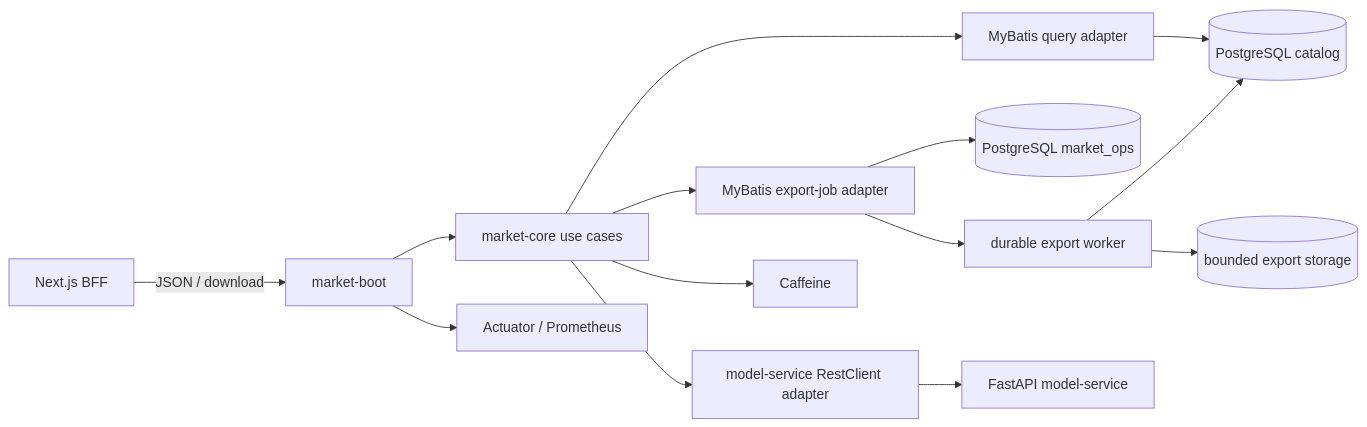
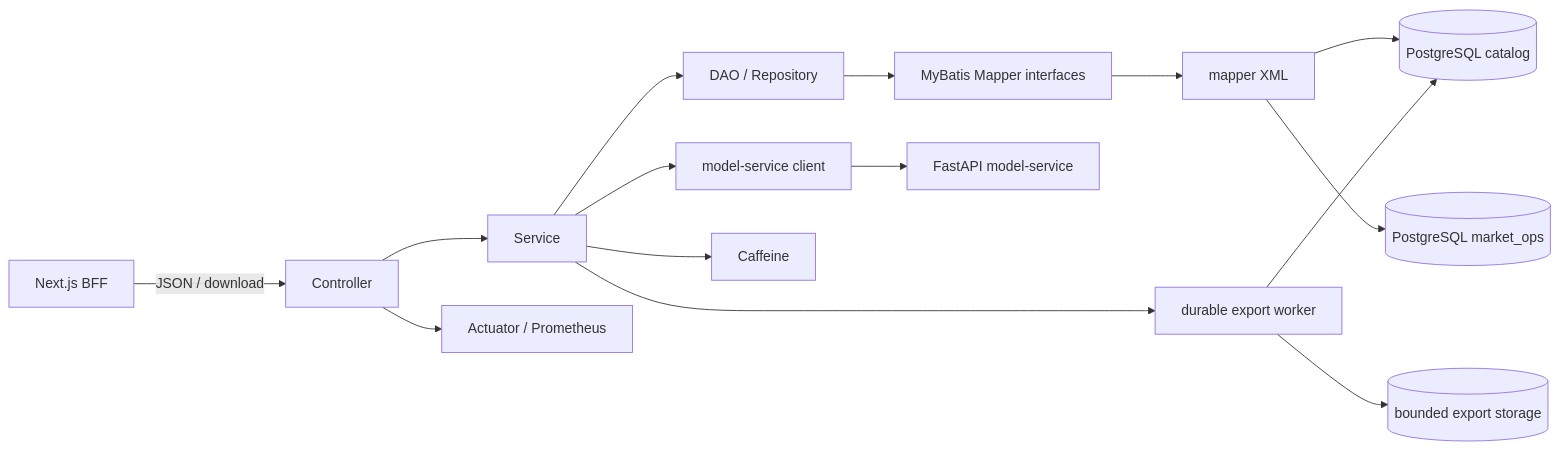
Before and after one commit to ChenhuaFan/house-price-estimator: the first of 2 diagrams in docs/spring-boot-technical-design.md, drawn with Mermaid. The commit also changed other lines of this file and 186 other files, not shown here.

````diff
--- a/docs/spring-boot-technical-design.md
+++ b/docs/spring-boot-technical-design.md
@@ -46,16 +46,17 @@
 ```mermaid
 flowchart LR
-    B[Next.js BFF] -->|JSON / download| API[market-boot]
-    API --> APP[market-core use cases]
-    APP --> Q[MyBatis query adapter]
-    APP --> J[MyBatis export-job adapter]
-    APP --> M[model-service RestClient adapter]
-    APP --> C[Caffeine]
-    Q --> PG[(PostgreSQL catalog)]
-    J --> OPS[(PostgreSQL market_ops)]
-    J --> W[durable export worker]
+    B[Next.js BFF] -->|JSON / download| C[Controller]
+    C --> S[Service]
+    S --> D[DAO / Repository]
+    D --> QM[MyBatis Mapper interfaces]
+    QM --> X[mapper XML]
+    S --> M[model-service client]
+    S --> CA[Caffeine]
+    X --> PG[(PostgreSQL catalog)]
+    X --> OPS[(PostgreSQL market_ops)]
+    S --> W[durable export worker]
     W --> PG
     W --> FS[(bounded export storage)]
     M --> ML[FastAPI model-service]
-    API --> ACT[Actuator / Prometheus]
+    C --> ACT[Actuator / Prometheus]
 ```
````
